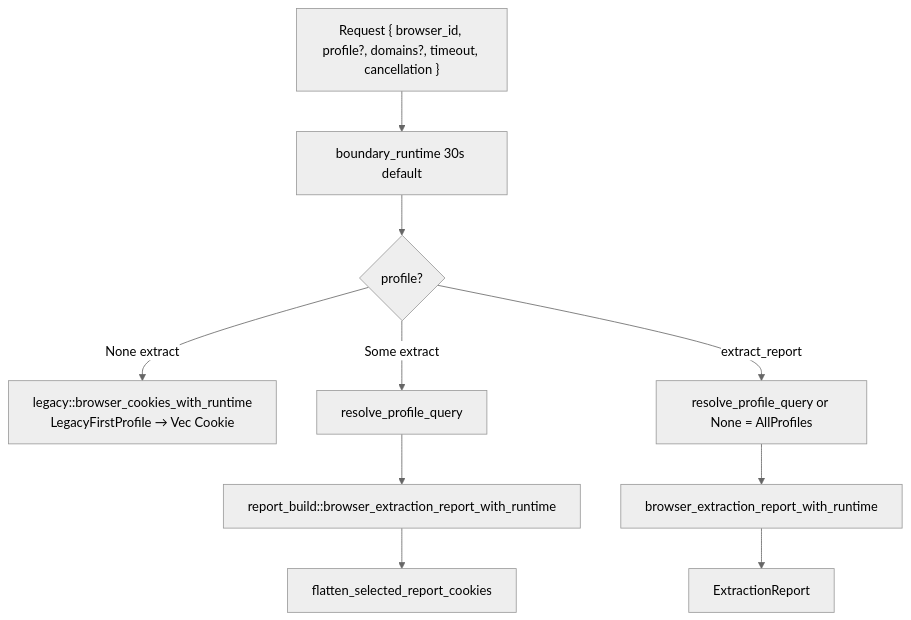
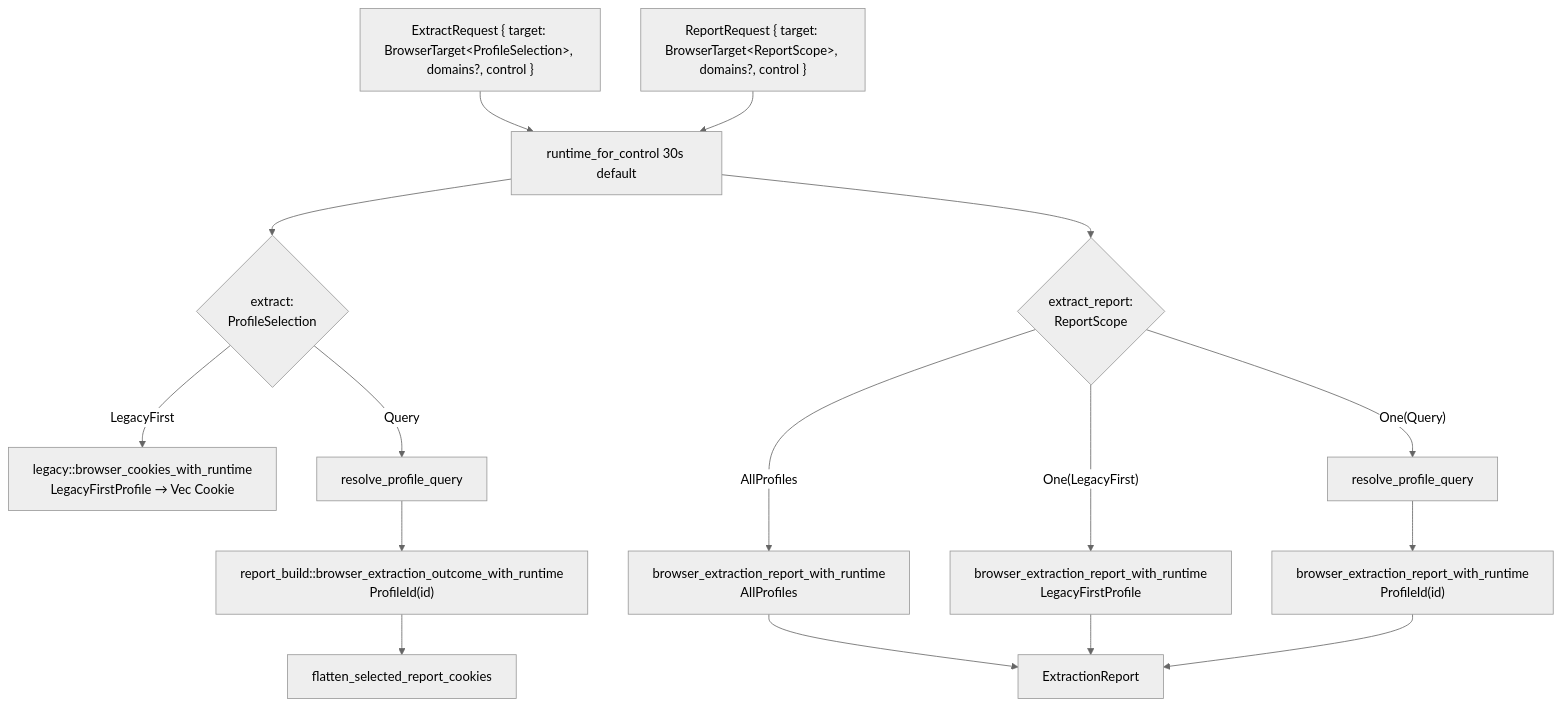
One commit to teng-lin/rookie changed diagram 11 of 16 in docs/architecture.md. Above: the diagram before and after it, drawn with Mermaid (neutral theme). The commit also changed other lines of this file and 1 other file, not shown here.

First line of the commit message:
docs: bring the architecture catalog up to the 0.6.0 job surface

````diff
--- a/docs/architecture.md
+++ b/docs/architecture.md
@@ -1141,14 +1193,21 @@
 ```mermaid
 flowchart TD
-  REQ["Request { browser_id, profile?, domains?, timeout, cancellation }"]
-  RT["boundary_runtime 30s default"]
-  REQ --> RT
-  RT --> P{profile?}
-  P -->|None extract| LEG["legacy::browser_cookies_with_runtime<br/>LegacyFirstProfile → Vec Cookie"]
-  P -->|Some extract| PQ["resolve_profile_query"]
-  PQ --> BR["report_build::browser_extraction_report_with_runtime"]
+  EREQ["ExtractRequest { target: BrowserTarget&lt;ProfileSelection&gt;, domains?, control }"]
+  RREQ["ReportRequest { target: BrowserTarget&lt;ReportScope&gt;, domains?, control }"]
+  RT["runtime_for_control 30s default"]
+  EREQ --> RT
+  RREQ --> RT
+  RT --> P{"extract:<br/>ProfileSelection"}
+  P -->|LegacyFirst| LEG["legacy::browser_cookies_with_runtime<br/>LegacyFirstProfile → Vec Cookie"]
+  P -->|Query| PQ["resolve_profile_query"]
+  PQ --> BR["report_build::browser_extraction_outcome_with_runtime<br/>ProfileId(id)"]
   BR --> FLAT["flatten_selected_report_cookies"]
-  P -->|extract_report| PQ2["resolve_profile_query or None = AllProfiles"]
-  PQ2 --> BR2["browser_extraction_report_with_runtime"]
+  RT --> S{"extract_report:<br/>ReportScope"}
+  S -->|AllProfiles| BR2["browser_extraction_report_with_runtime<br/>AllProfiles"]
+  S -->|"One(LegacyFirst)"| BR2L["browser_extraction_report_with_runtime<br/>LegacyFirstProfile"]
+  S -->|"One(Query)"| PQ2["resolve_profile_query"]
+  PQ2 --> BR2Q["browser_extraction_report_with_runtime<br/>ProfileId(id)"]
   BR2 --> REP["ExtractionReport"]
+  BR2L --> REP
+  BR2Q --> REP
 ```
````
